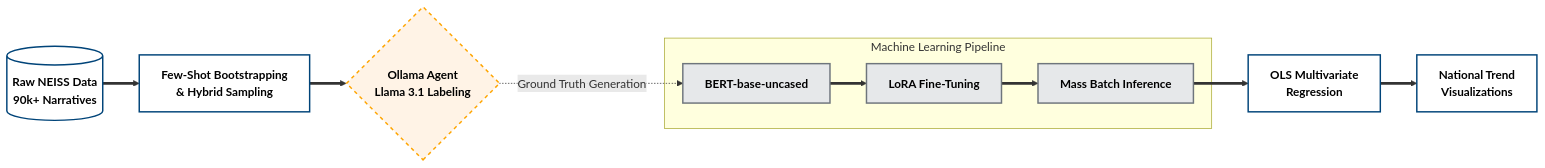
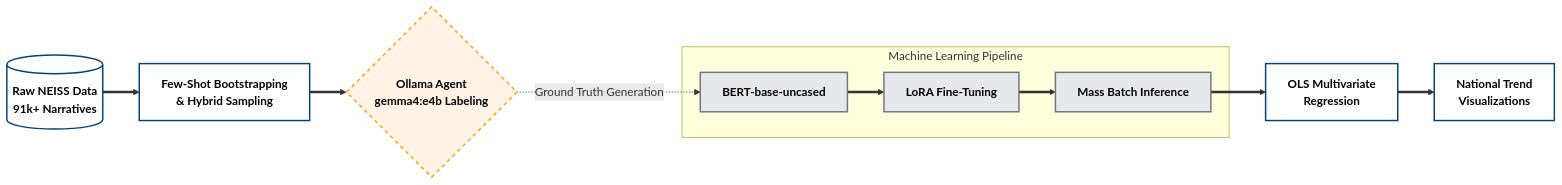
Before and after one commit to fede-giorgi/vitamins: the diagram in README.md, drawn with Mermaid. The commit also changed other lines of this file, not shown here.

````diff
--- a/README.md
+++ b/README.md
@@ -23,32 +23,32 @@
 ```mermaid
 graph LR
     %% Define Node Styles
     classDef block fill:#ffffff,stroke:#004479,stroke-width:2px,color:#000000,font-weight:bold;
     classDef model fill:#e6e8ea,stroke:#6e757c,stroke-width:2px,color:#000000,font-weight:bold;
     classDef agent fill:#fff3e6,stroke:#ffa500,stroke-width:2px,stroke-dasharray: 5 5,color:#000000,font-weight:bold;
     classDef user fill:#f4f5f6,stroke:#6e757c,stroke-width:1px;
 
     %% Nodes
-    Data[(Raw NEISS Data<br>90k+ Narratives)]:::block
-    Agent{Ollama Agent<br>Llama 3.1 Labeling}:::agent
+    Data[(Raw NEISS Data<br>91k+ Narratives)]:::block
+    Agent{Ollama Agent<br>gemma4:e4b Labeling}:::agent
     
     Preproc[Few-Shot Bootstrapping<br>& Hybrid Sampling]:::block
     
     subgraph Machine Learning Pipeline
         BERT[BERT-base-uncased]:::model
         LoRA[LoRA Fine-Tuning]:::model
         Inf[Mass Batch Inference]:::model
     end
     
     Stats[OLS Multivariate<br>Regression]:::block
     Viz[National Trend<br>Visualizations]:::block
 
     %% Data Flow
     Data ==> Preproc
     Preproc ==> Agent
     Agent -.->|Ground Truth Generation| BERT
     BERT ==> LoRA
     LoRA ==> Inf
     Inf ==> Stats
     Stats ==> Viz
 ```
````
